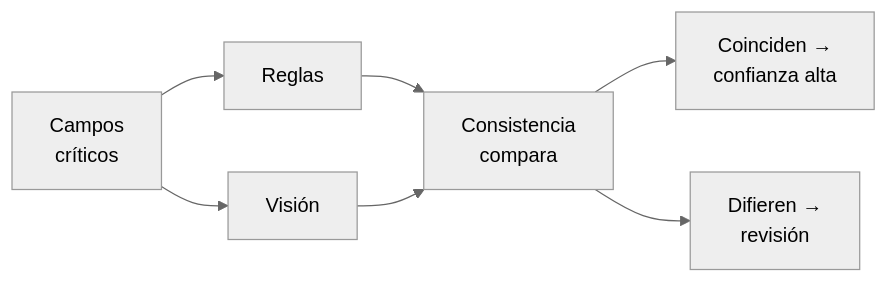
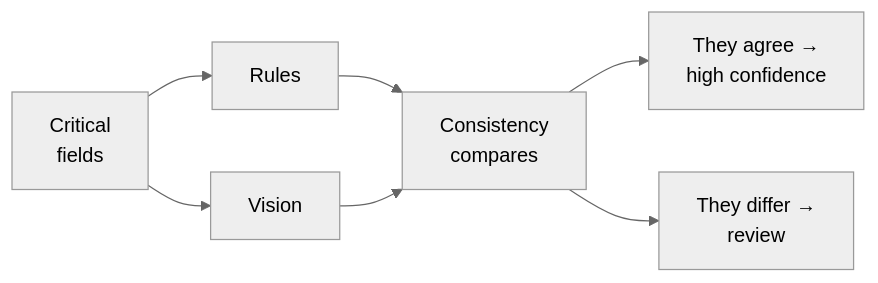
Before and after one commit to mariogarcia-ar/docflow: the second of 15 diagrams in README.md, drawn with Mermaid (neutral theme). The commit also changed other lines of this file, not shown here.

````diff
--- a/README.md
+++ b/README.md
@@ -78,9 +78,9 @@
 ```mermaid
 graph LR
-    A["Campos<br/>críticos"] --> B["Reglas"]
-    A --> C["Visión"]
-    B --> D["Consistencia<br/>compara"]
+    A["Critical<br/>fields"] --> B["Rules"]
+    A --> C["Vision"]
+    B --> D["Consistency<br/>compares"]
     C --> D
-    D --> E["Coinciden →<br/>confianza alta"]
-    D --> F["Difieren →<br/>revisión"]
+    D --> E["They agree →<br/>high confidence"]
+    D --> F["They differ →<br/>review"]
 ```
````
